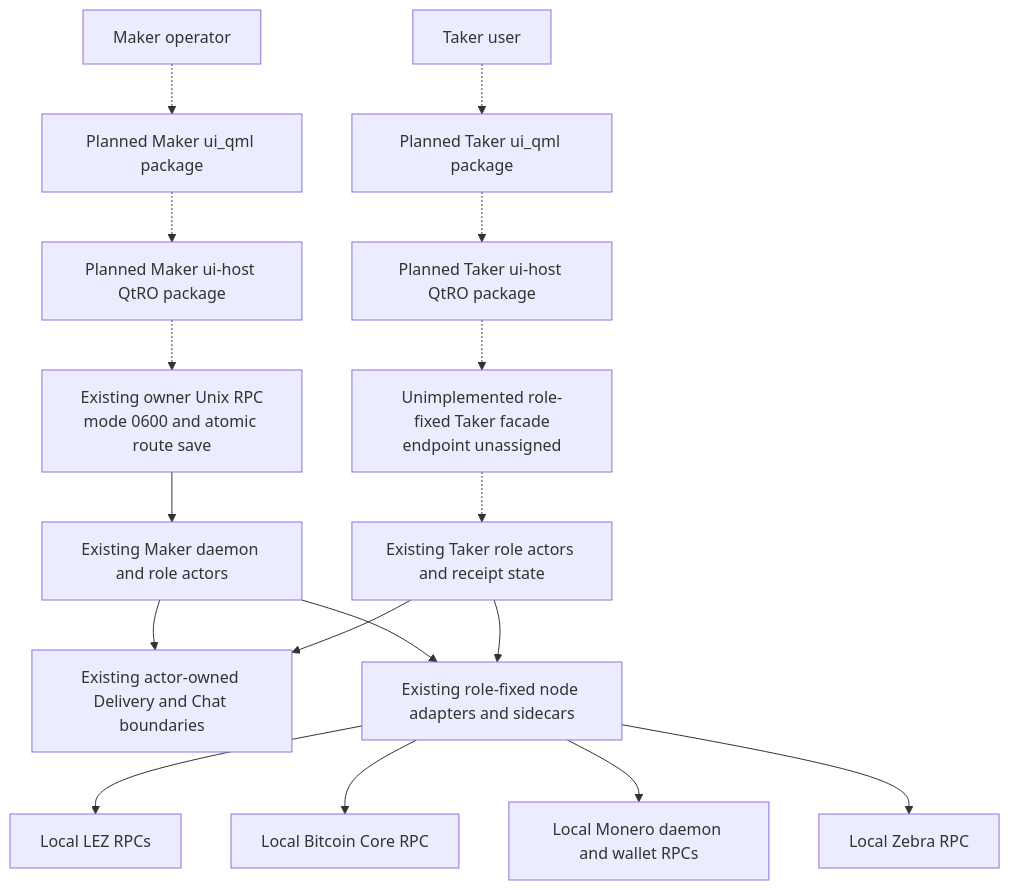
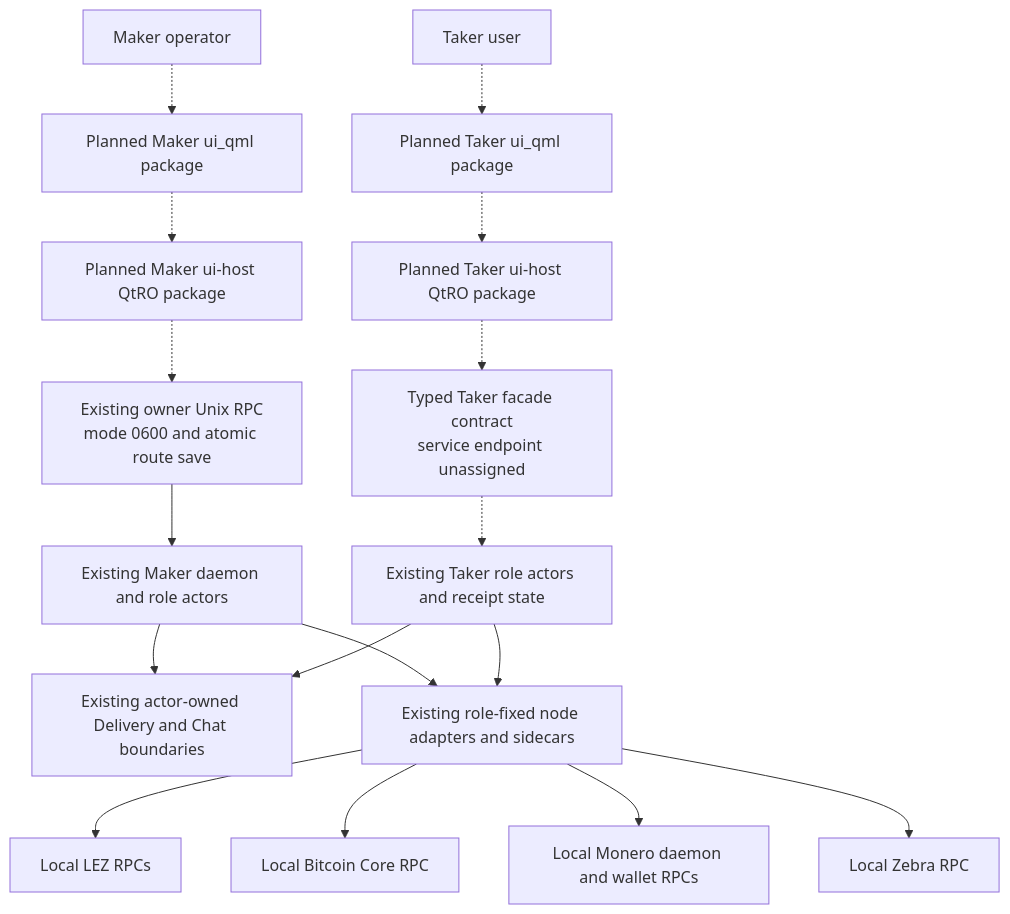
One commit to gateway-fm/lez-atomic-swaps changed the second of 24 diagrams in docs/architecture/deployment-components-and-rpcs.md. Above: the diagram before and after it, drawn with Mermaid. The commit also changed other lines of this file and 8 other files, not shown here.

````diff
--- a/docs/architecture/deployment-components-and-rpcs.md
+++ b/docs/architecture/deployment-components-and-rpcs.md
@@ -64,21 +68,21 @@
 ```mermaid
 flowchart TB
     Maker["Maker operator"] -.-> MakerQml["Planned Maker ui_qml package"]
     MakerQml -.-> MakerHost["Planned Maker ui-host QtRO package"]
     MakerHost -.-> OwnerRpc["Existing owner Unix RPC<br/>mode 0600 and atomic route save"]
     OwnerRpc --> MakerDaemon["Existing Maker daemon and role actors"]
 
     Taker["Taker user"] -.-> TakerQml["Planned Taker ui_qml package"]
     TakerQml -.-> TakerHost["Planned Taker ui-host QtRO package"]
-    TakerHost -.-> TakerFacade["Unimplemented role-fixed Taker facade<br/>endpoint unassigned"]
+    TakerHost -.-> TakerFacade["Typed Taker facade contract<br/>service endpoint unassigned"]
     TakerFacade -.-> TakerActors["Existing Taker role actors and receipt state"]
 
     MakerDaemon --> DeliveryChat["Existing actor-owned Delivery and Chat boundaries"]
     TakerActors --> DeliveryChat
     MakerDaemon --> NodeAdapters["Existing role-fixed node adapters and sidecars"]
     TakerActors --> NodeAdapters
     NodeAdapters --> Lez["Local LEZ RPCs"]
     NodeAdapters --> Bitcoin["Local Bitcoin Core RPC"]
     NodeAdapters --> Monero["Local Monero daemon and wallet RPCs"]
     NodeAdapters --> Zcash["Local Zebra RPC"]
 ```
````
